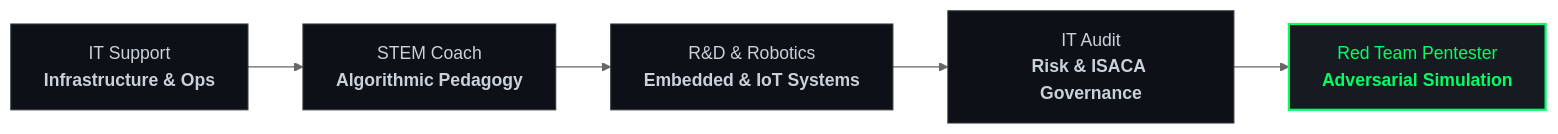
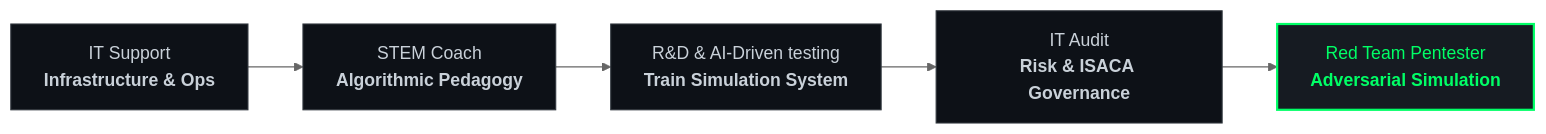
Before and after one commit to Hercules03/Hercules03: the diagram in README.md, drawn with Mermaid (neutral theme).

Commit message:
Update flowchart to reflect AI-Driven testing

````diff
--- a/README.md
+++ b/README.md
@@ -23,13 +23,13 @@
 ```mermaid
 flowchart LR
     A["IT Support<br/><b>Infrastructure & Ops</b>"] --> B["STEM Coach<br/><b>Algorithmic Pedagogy</b>"]
-    B --> C["R&D & Robotics<br/><b>Embedded & IoT Systems</b>"]
+    B --> C["R&D & AI-Driven testing<br/><b>Train Simulation System</b>"]
     C --> D["IT Audit<br/><b>Risk & ISACA Governance</b>"]
     D --> E["Red Team Pentester<br/><b>Adversarial Simulation</b>"]
 
     style A fill:#0d1117,stroke:#30363d,stroke-width:1px,color:#c9d1d9
     style B fill:#0d1117,stroke:#30363d,stroke-width:1px,color:#c9d1d9
     style C fill:#0d1117,stroke:#30363d,stroke-width:1px,color:#c9d1d9
     style D fill:#0d1117,stroke:#30363d,stroke-width:1px,color:#c9d1d9
     style E fill:#161b22,stroke:#00FF66,stroke-width:2px,color:#00FF66
 ```
````
